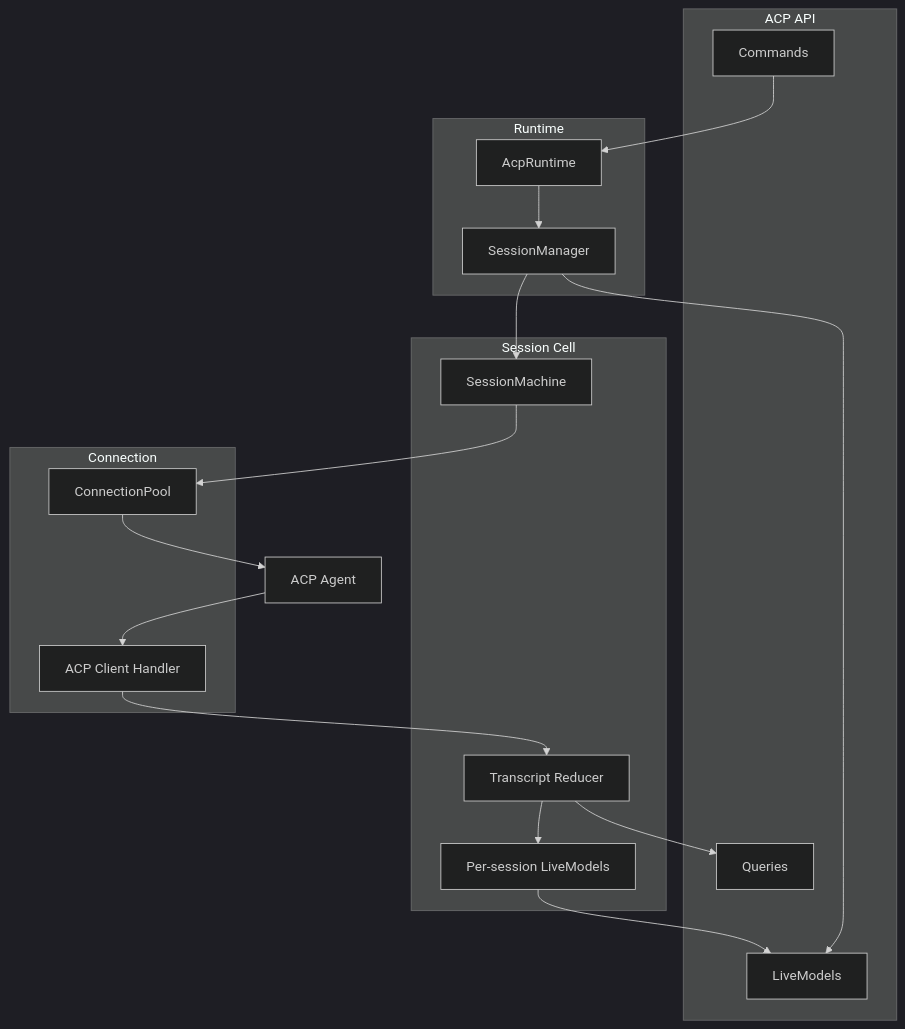
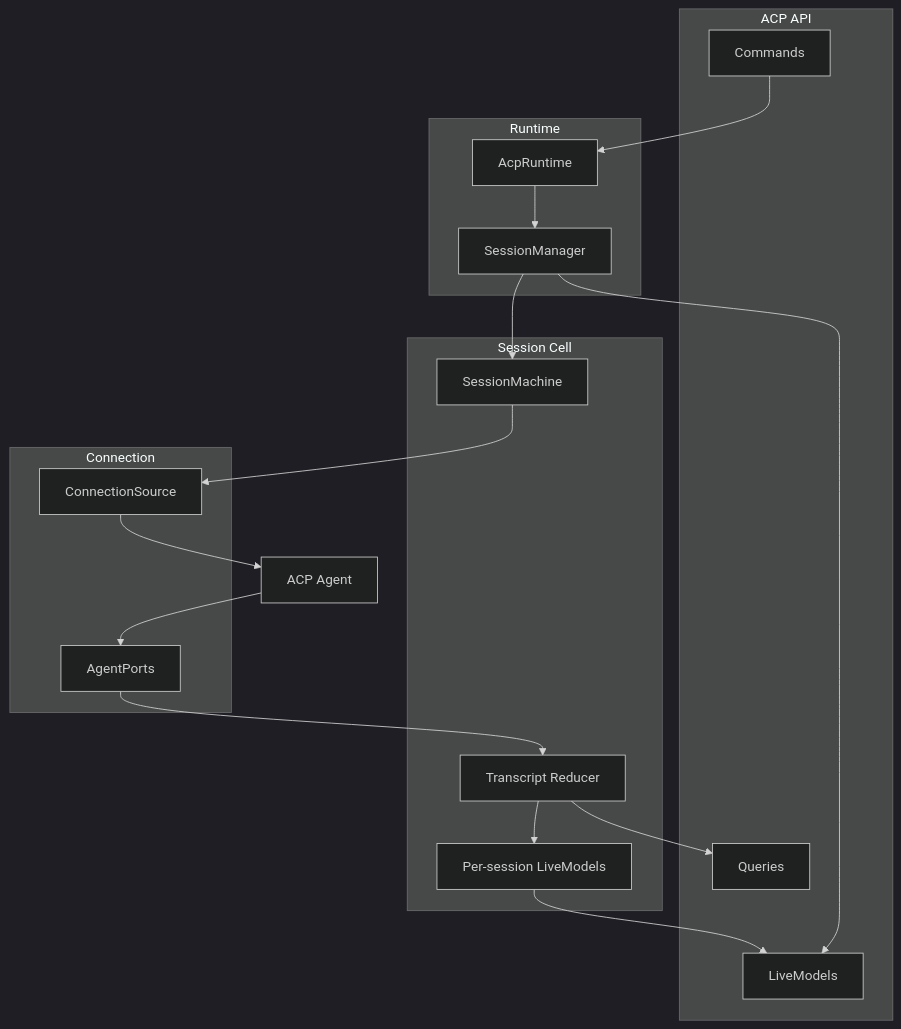
One commit to luisKisters/emdash changed the diagram in agents/architecture/acp-runtime.md. Above: the diagram before and after it, drawn with Mermaid (dark theme). The commit also changed other lines of this file and 14 other files, not shown here.

````diff
--- a/agents/architecture/acp-runtime.md
+++ b/agents/architecture/acp-runtime.md
@@ -27,29 +27,29 @@
 ```mermaid
 flowchart TD
   subgraph api [ACP API]
     commands[Commands]
     liveModels[LiveModels]
     queries[Queries]
   end
   subgraph runtime [Runtime]
     root[AcpRuntime]
     manager[SessionManager]
   end
   subgraph session [Session Cell]
     machine[SessionMachine]
     reducer[Transcript Reducer]
     state[Per-session LiveModels]
   end
   subgraph connection [Connection]
-    pool[ConnectionPool]
-    handler[ACP Client Handler]
+    source[ConnectionSource]
+    ports[AgentPorts]
   end
   agent[ACP Agent]
 
   commands --> root --> manager --> machine
-  machine --> pool --> agent
-  agent --> handler --> reducer
+  machine --> source --> agent
+  agent --> ports --> reducer
   reducer --> state --> liveModels
   manager --> liveModels
   reducer --> queries
 ```
````
